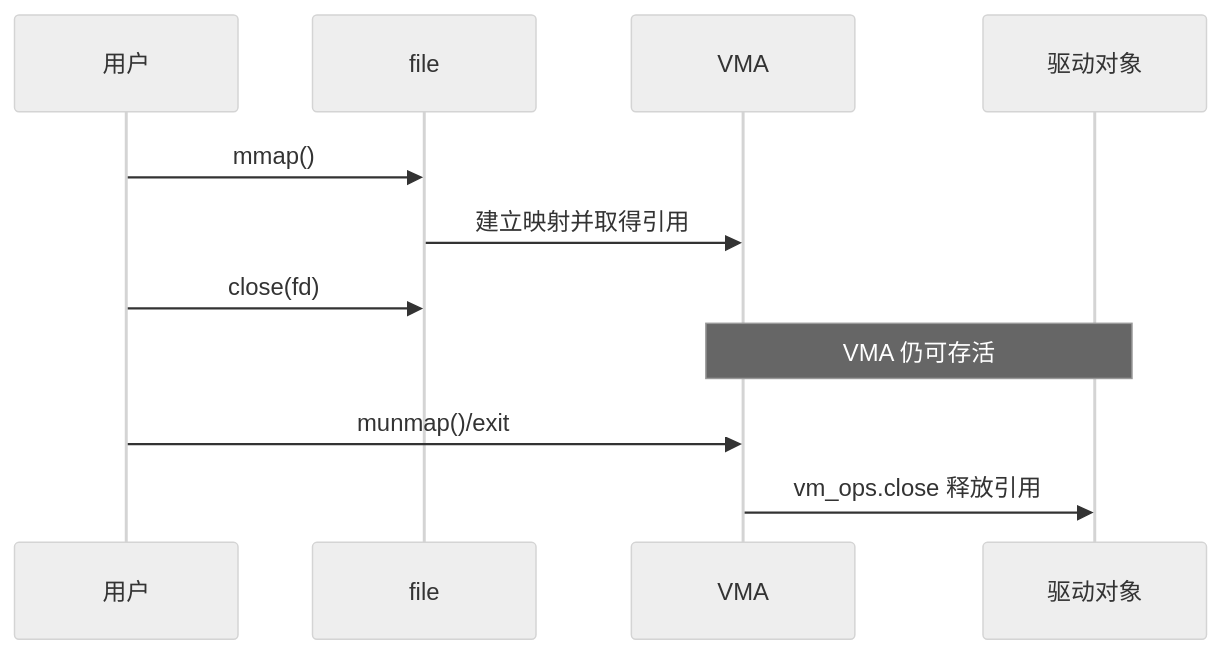
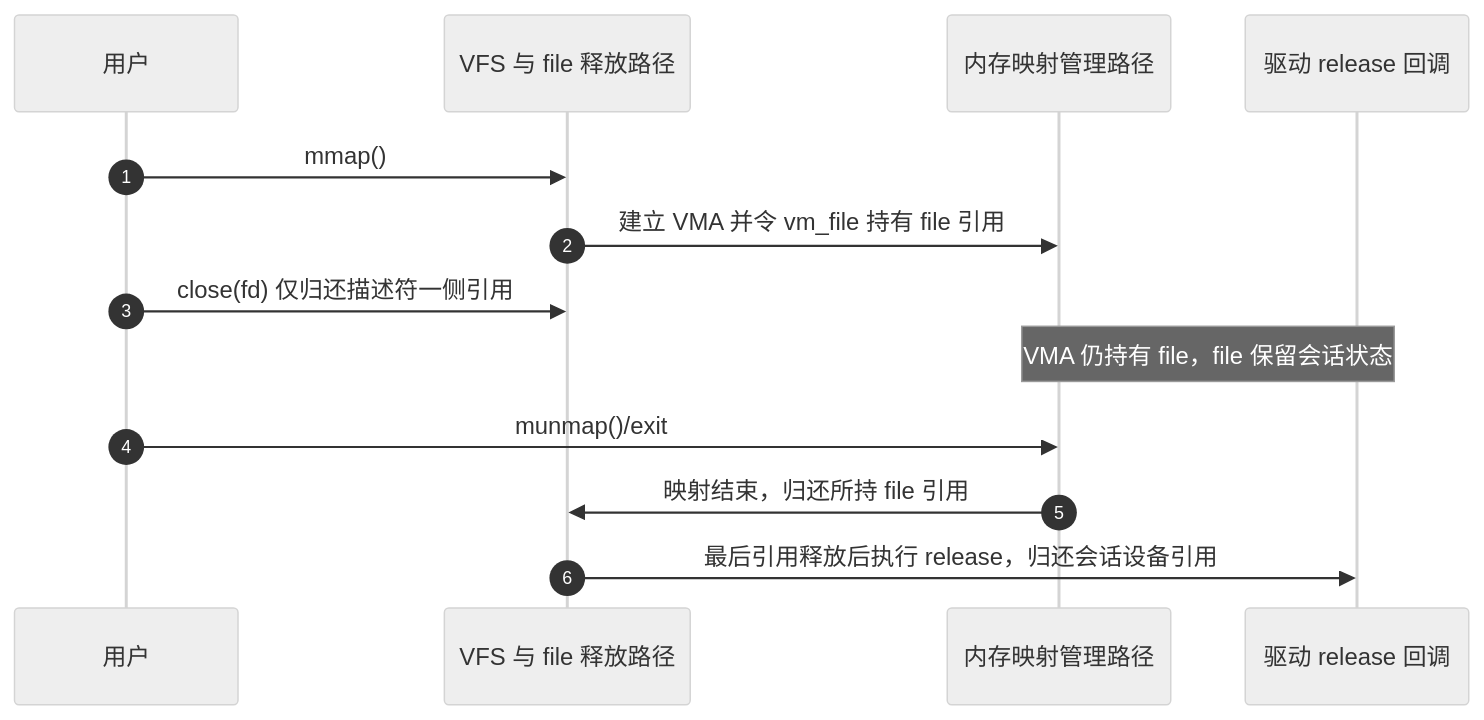
One commit to FormingSystem/linux_note changed the third of 4 diagrams in knowledge/driver_model/character_device/P04_文件操作并发与生命周期.md. Above: the diagram before and after it, drawn with Mermaid (neutral theme). The commit also changed other lines of this file and 4 other files, not shown here.

````diff
--- a/knowledge/driver_model/character_device/P04_文件操作并发与生命周期.md
+++ b/knowledge/driver_model/character_device/P04_文件操作并发与生命周期.md
@@ -195,13 +238,15 @@
 ```mermaid
 sequenceDiagram
+    autonumber
     participant U as 用户
-    participant F as file
-    participant V as VMA
-    participant D as 驱动对象
+    participant F as VFS 与 file 释放路径
+    participant V as 内存映射管理路径
+    participant D as 驱动 release 回调
     U->>F: mmap()
-    F->>V: 建立映射并取得引用
-    U->>F: close(fd)
-    Note over V,D: VMA 仍可存活
+    F->>V: 建立 VMA 并令 vm_file 持有 file 引用
+    U->>F: close(fd) 仅归还描述符一侧引用
+    Note over V,D: VMA 仍持有 file，file 保留会话状态
     U->>V: munmap()/exit
-    V->>D: vm_ops.close 释放引用
+    V->>F: 映射结束，归还所持 file 引用
+    F->>D: 最后引用释放后执行 release，归还会话设备引用
 ```
````
